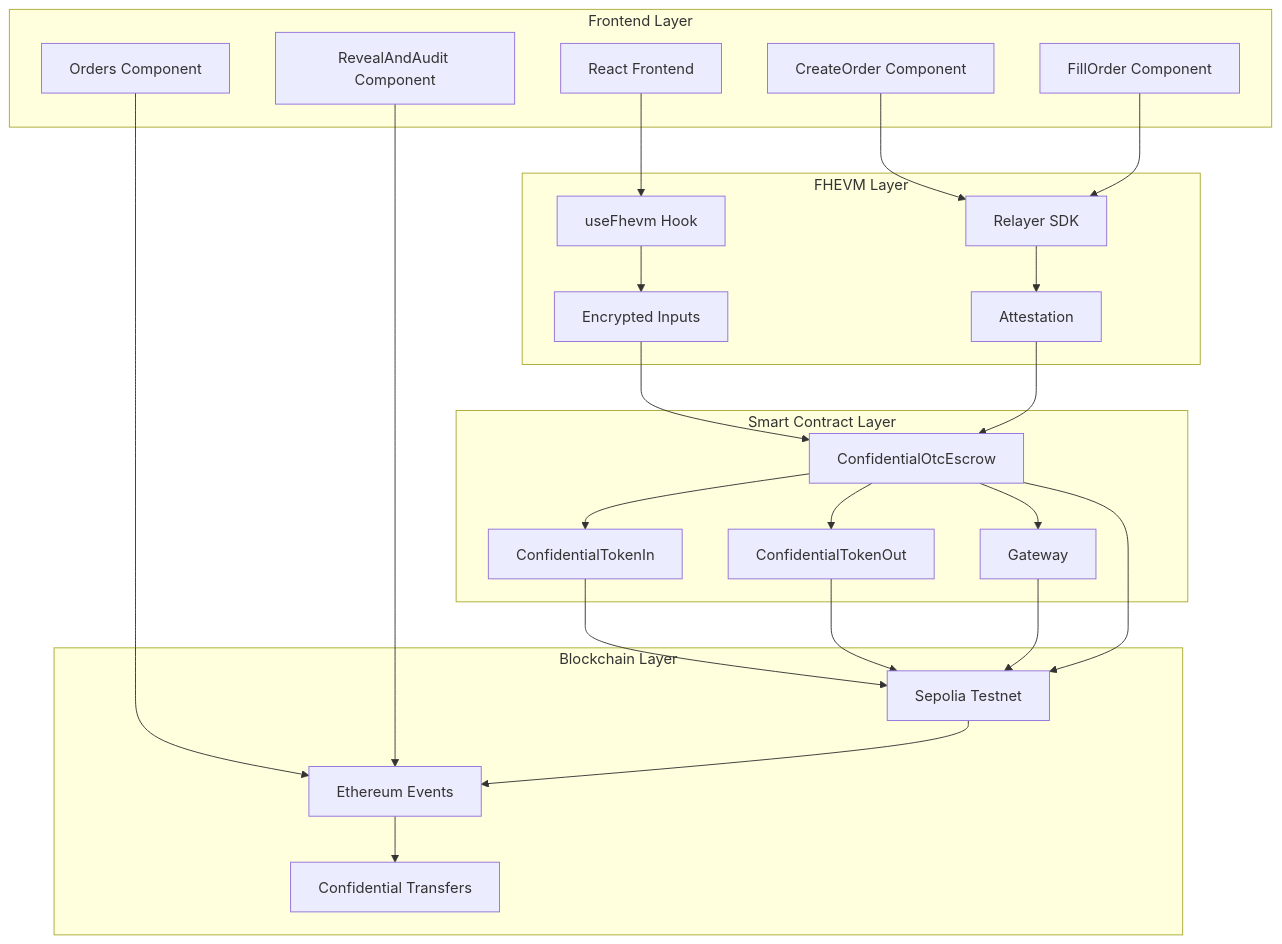
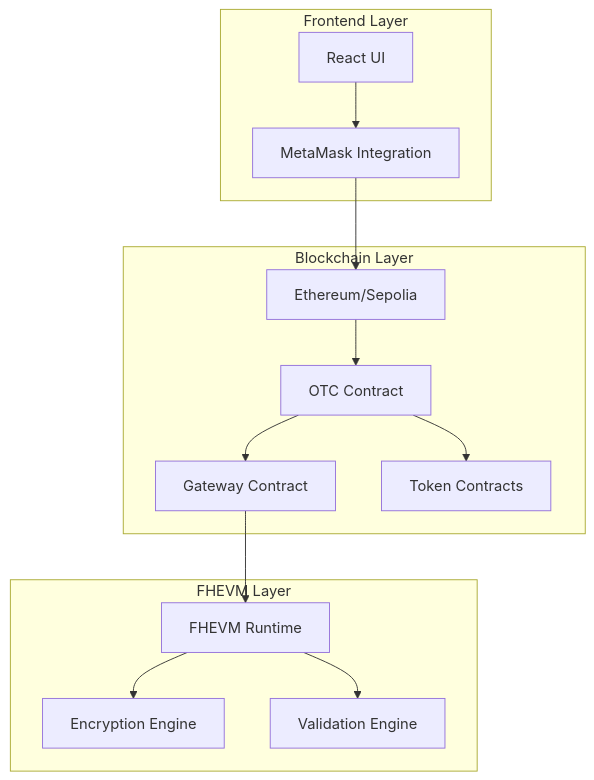
One commit to hstptcn5/zama-otc changed the second of 2 diagrams in README.md. Above: the diagram before and after it, drawn with Mermaid. The commit also changed other lines of this file, not shown here.

````diff
--- a/README.md
+++ b/README.md
@@ -233,53 +75,29 @@
 ```mermaid
 graph TB
     subgraph "Frontend Layer"
-        A[React Frontend]
-        B[CreateOrder Component]
-        C[FillOrder Component]
-        D[Orders Component]
-        E[RevealAndAudit Component]
+        UI[React UI]
+        MM[MetaMask Integration]
+    end
+    
+    subgraph "Blockchain Layer"
+        ETH[Ethereum/Sepolia]
+        OTC[OTC Contract]
+        GW[Gateway Contract]
+        TK[Token Contracts]
     end
     
     subgraph "FHEVM Layer"
-        F[useFhevm Hook]
-        G[Relayer SDK]
-        H[Encrypted Inputs]
-        I[Attestation]
+        FHE[FHEVM Runtime]
+        ENC[Encryption Engine]
+        VAL[Validation Engine]
     end
     
-    subgraph "Smart Contract Layer"
-        J[ConfidentialOtcEscrow]
-        K[ConfidentialTokenIn]
-        L[ConfidentialTokenOut]
-        M[Gateway]
-    end
-    
-    subgraph "Blockchain Layer"
-        N[Sepolia Testnet]
-        O[Ethereum Events]
-        P[Confidential Transfers]
-    end
-    
-    A --> F
-    B --> G
-    C --> G
-    D --> O
-    E --> O
-    
-    F --> H
-    G --> I
-    H --> J
-    I --> J
-    
-    J --> K
-    J --> L
-    J --> M
-    
-    K --> N
-    L --> N
-    M --> N
-    J --> N
-    
-    N --> O
-    O --> P
+    UI --> MM
+    MM --> ETH
+    ETH --> OTC
+    OTC --> GW
+    GW --> FHE
+    FHE --> ENC
+    FHE --> VAL
+    OTC --> TK
 ```
````
